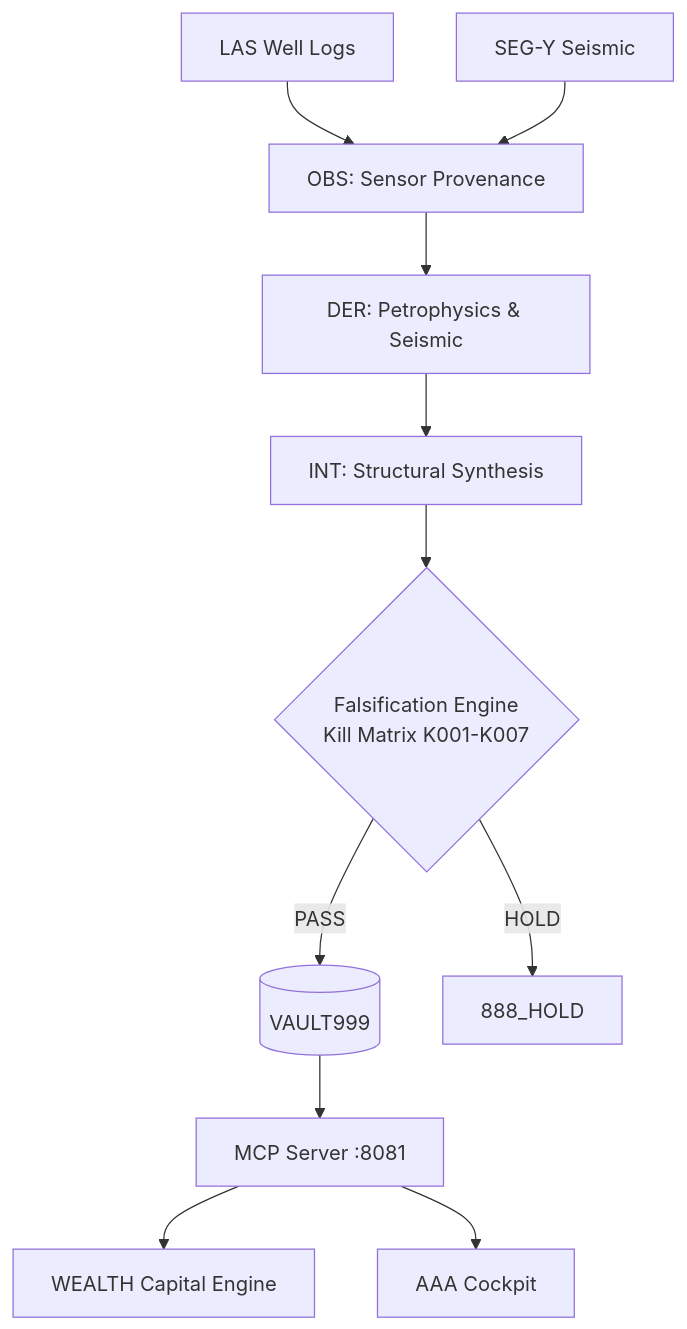
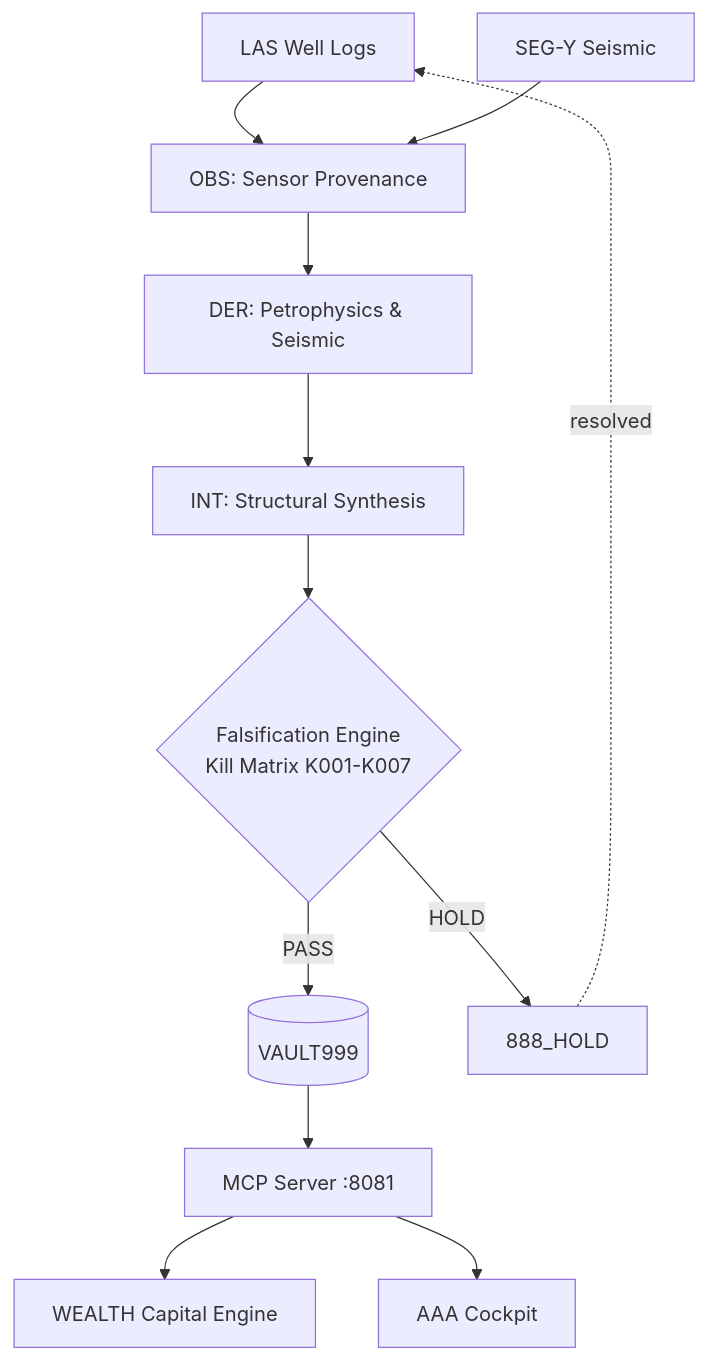
Before and after one commit to ariffazil/GEOX: the first of 2 diagrams in README.md, drawn with Mermaid. The commit also changed other lines of this file, not shown here.

First line of the commit message:
docs: inner/outer loop mermaid diagrams — federation state alignment (#157)

````diff
--- a/README.md
+++ b/README.md
@@ -42,13 +42,14 @@
 ```mermaid
 graph TD
     LAS[LAS Well Logs] --> OBS[OBS: Sensor Provenance]
     SEGY[SEG-Y Seismic] --> OBS
     OBS --> DER[DER: Petrophysics & Seismic]
     DER --> INT[INT: Structural Synthesis]
     INT --> FALSIFY{Falsification Engine<br/>Kill Matrix K001-K007}
     FALSIFY -->|PASS| VAULT[(VAULT999)]
     FALSIFY -->|HOLD| HOLD[888_HOLD]
     VAULT --> MCP[MCP Server :8081]
     MCP --> WEALTH[WEALTH Capital Engine]
     MCP --> UI[AAA Cockpit]
+    HOLD -.->|resolved| LAS
 ```
````
